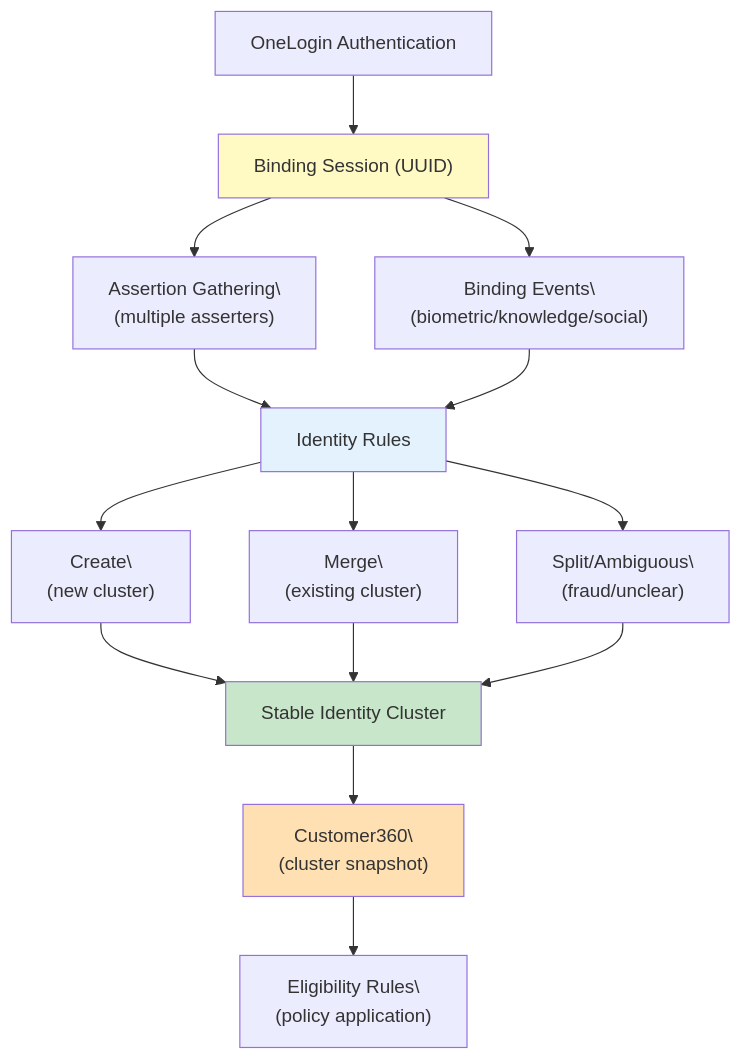
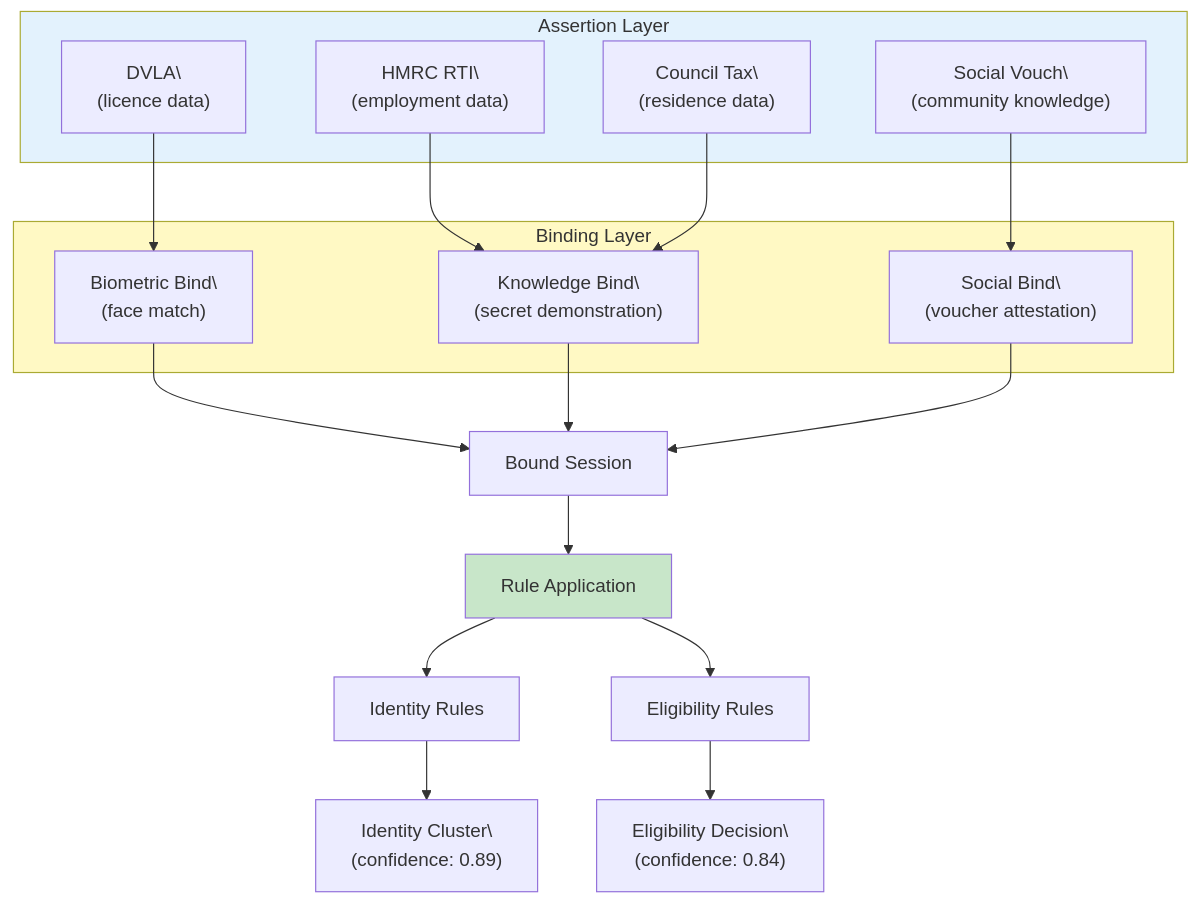
The second of 3 diagrams in Paper_2_Evidence_Based_Identity.md (mrchughes/architecting-modern-government-services), drawn with Mermaid before and after one commit. The commit also changed other lines of this file and 1 other file, not shown here.

First line of the commit message:
Paper 2 v2.0: assertion graph model rewrite

````diff
--- a/Paper_2_Evidence_Based_Identity.md
+++ b/Paper_2_Evidence_Based_Identity.md
@@ -769,25 +532,36 @@
 ```mermaid
 flowchart TB
-    Auth["OneLogin Authentication"] --> Session["Binding Session (UUID)"]
-    Session --> Assertions["Assertion Gathering\\n(multiple asserters)"]
-    Session --> Binding["Binding Events\\n(biometric/knowledge/social)"]
+    subgraph Assertions["Assertion Layer"]
+        A1["HMRC RTI\\n(employment data)"]
+        A2["DVLA\\n(licence data)"]
+        A3["Council Tax\\n(residence data)"]
+        A4["Social Vouch\\n(community knowledge)"]
+    end
     
-    Assertions --> Rules["Identity Rules"]
-    Binding --> Rules
+    subgraph Binding["Binding Layer"]
+        B1["Biometric Bind\\n(face match)"]
+        B2["Knowledge Bind\\n(secret demonstration)"]
+        B3["Social Bind\\n(voucher attestation)"]
+    end
     
-    Rules --> Create["Create\\n(new cluster)"]
-    Rules --> Merge["Merge\\n(existing cluster)"]
-    Rules --> Split["Split/Ambiguous\\n(fraud/unclear)"]
+    A1 --> B2
+    A2 --> B1
+    A3 --> B2
+    A4 --> B3
     
-    Create --> Stable["Stable Identity Cluster"]
-    Merge --> Stable
-    Split --> Stable
+    B1 --> Session["Bound Session"]
+    B2 --> Session
+    B3 --> Session
     
-    Stable --> C360["Customer360\\n(cluster snapshot)"]
-    C360 --> Eligibility["Eligibility Rules\\n(policy application)"]
+    Session --> Rules["Rule Application"]
     
-    style Session fill:#fff9c4
-    style Rules fill:#e3f2fd
-    style Stable fill:#c8e6c9
-    style C360 fill:#ffe0b2
+    Rules --> IR["Identity Rules"]
+    Rules --> ER["Eligibility Rules"]
+    
+    IR --> IC["Identity Cluster\\n(confidence: 0.89)"]
+    ER --> ED["Eligibility Decision\\n(confidence: 0.84)"]
+    
+    style Assertions fill:#e3f2fd
+    style Binding fill:#fff9c4
+    style Rules fill:#c8e6c9
 ```
````
